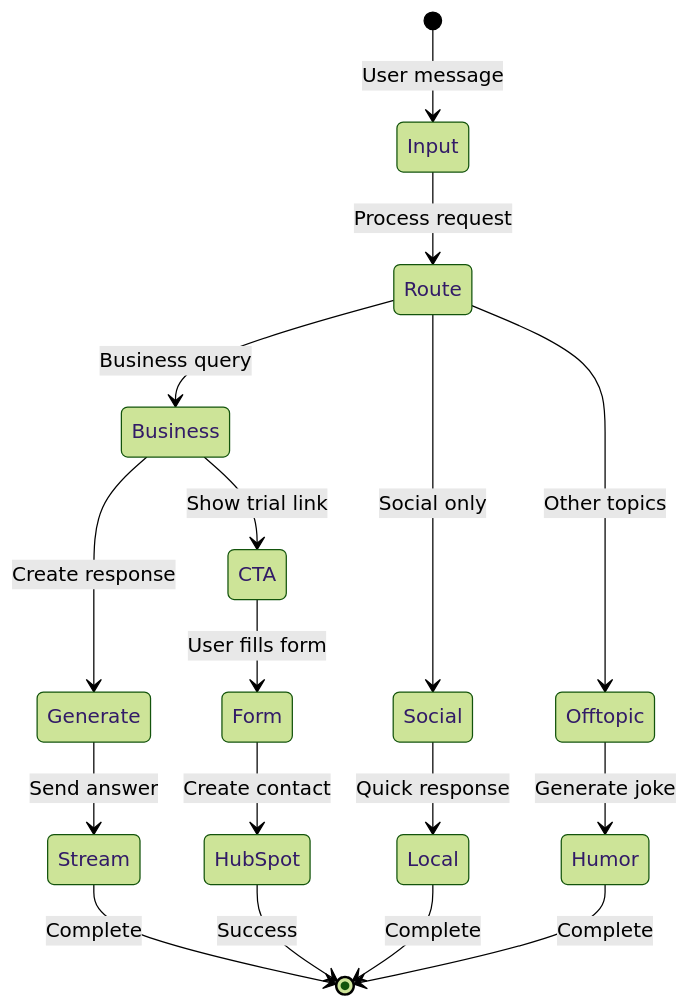
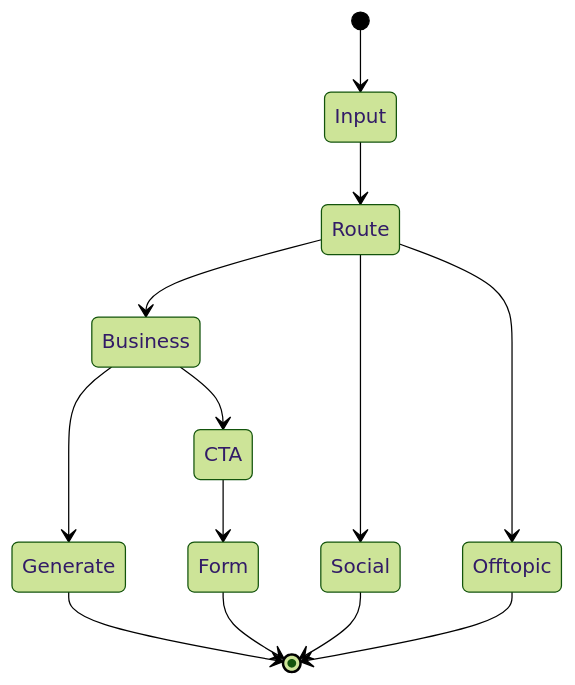
The third of 5 diagrams in README.md (shao3d/Ukido_DynContInj), drawn with Mermaid (forest theme) before and after one commit. The commit also changed other lines of this file, not shown here.

First line of the commit message:
fix: Максимальное упрощение Mermaid диаграмм для GitHub

````diff
--- a/README.md
+++ b/README.md
@@ -226,23 +191,17 @@
 ```mermaid
 stateDiagram-v2
-    [*] --> Input: User message
-    Input --> Route: Process request
-    Route --> Business: Business query
-    Route --> Social: Social only
-    Route --> Offtopic: Other topics
+    [*] --> Input
+    Input --> Route
+    Route --> Business
+    Route --> Social
+    Route --> Offtopic
 
-    Business --> Generate: Create response
-    Generate --> Stream: Send answer
-    Stream --> [*]: Complete
+    Business --> Generate
+    Generate --> [*]
+    Social --> [*]
+    Offtopic --> [*]
 
-    Social --> Local: Quick response
-    Local --> [*]: Complete
-
-    Offtopic --> Humor: Generate joke
-    Humor --> [*]: Complete
-
-    Business --> CTA: Show trial link
-    CTA --> Form: User fills form
-    Form --> HubSpot: Create contact
-    HubSpot --> [*]: Success
+    Business --> CTA
+    CTA --> Form
+    Form --> [*]
 ```
````
